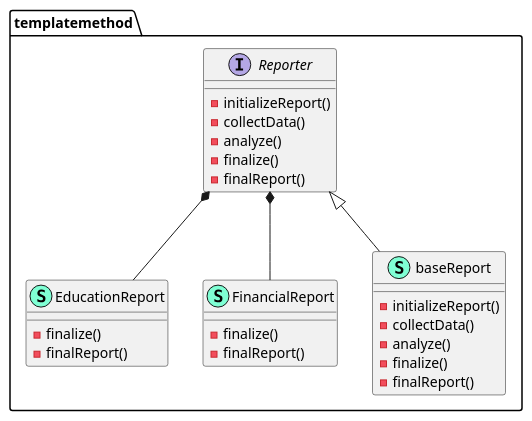
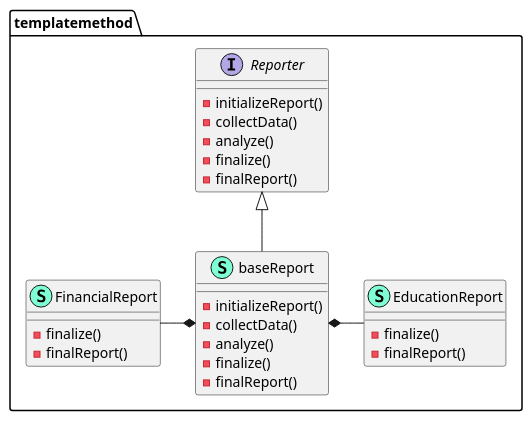
Before and after one commit to hitzhangjie/go-patterns: the diagram in behavioral/5_template_method/file.puml, drawn with PlantUML. The commit also changed 1 other file, not shown here.

```diff
--- a/behavioral/5_template_method/file.puml
+++ b/behavioral/5_template_method/file.puml
@@ -1,35 +1,35 @@
 @startuml
 namespace templatemethod {
     class EducationReport << (S,Aquamarine) >> {
         - finalize() 
         - finalReport() 
 
     }
     class FinancialReport << (S,Aquamarine) >> {
         - finalize() 
         - finalReport() 
 
     }
     interface Reporter  {
         - initializeReport() 
         - collectData() 
         - analyze() 
         - finalize() 
         - finalReport() 
 
     }
     class baseReport << (S,Aquamarine) >> {
         - initializeReport() 
         - collectData() 
         - analyze() 
         - finalize() 
         - finalReport() 
 
     }
 }
-"templatemethod.Reporter" *-- "templatemethod.EducationReport"
-"templatemethod.Reporter" *-- "templatemethod.FinancialReport"
+"templatemethod.baseReport" *-right- "templatemethod.EducationReport"
+"templatemethod.baseReport" *-left- "templatemethod.FinancialReport"
 
 "templatemethod.Reporter" <|-- "templatemethod.baseReport"
 
 @enduml
```
